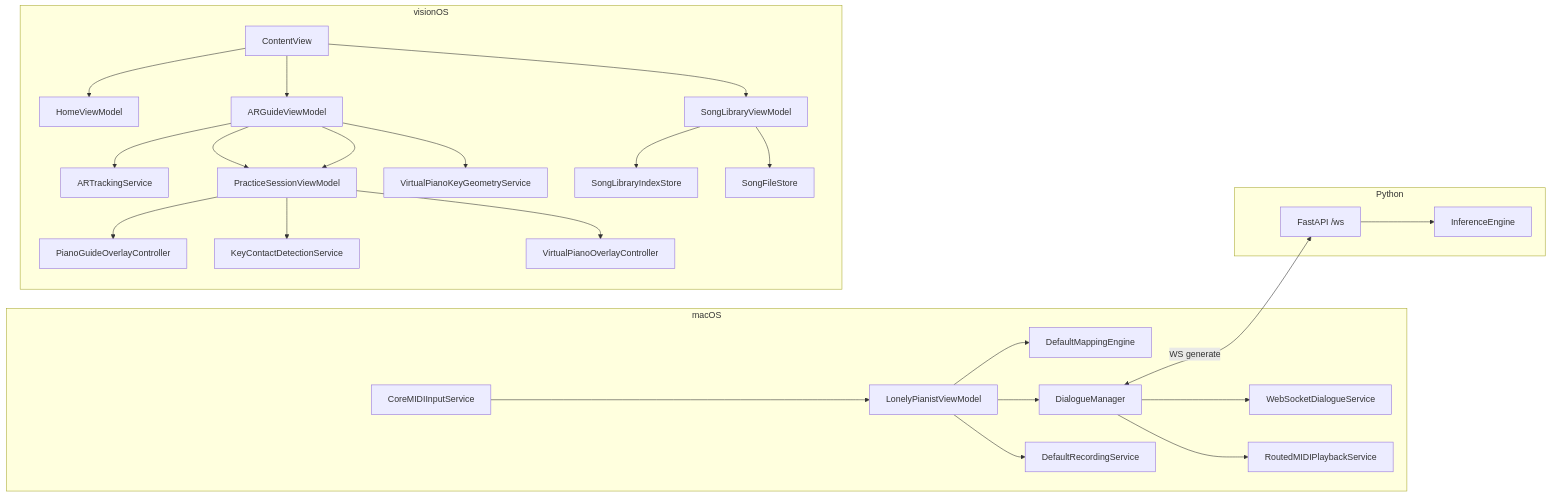
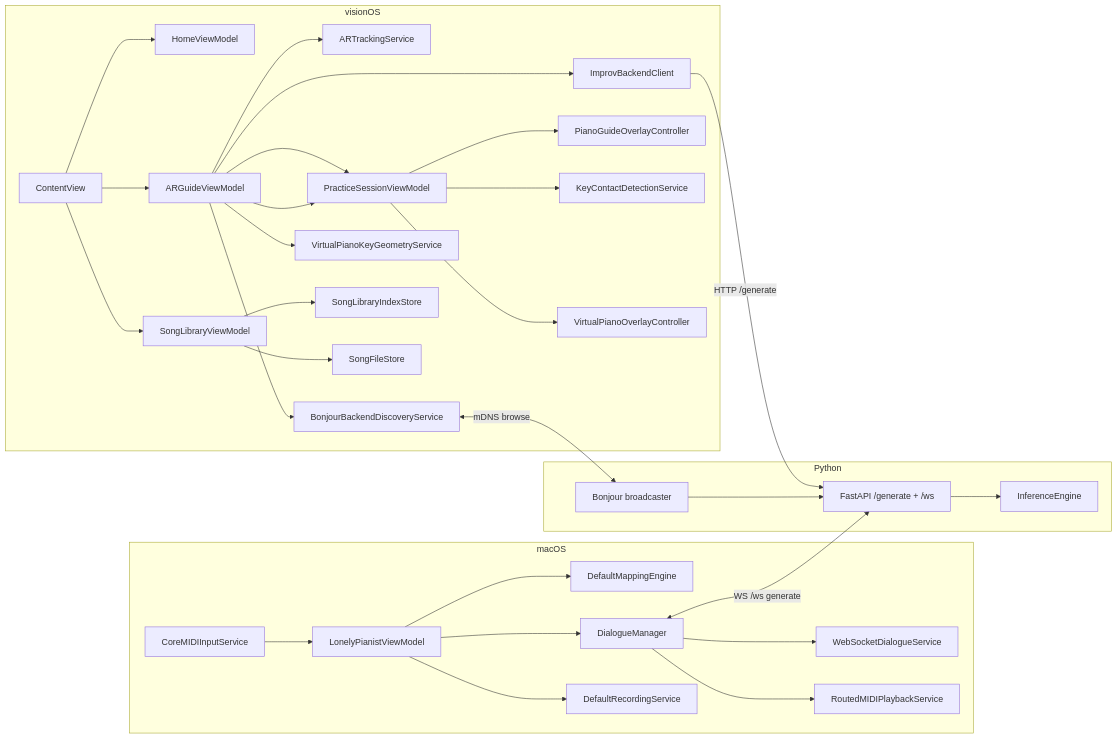
One commit to chiimagnus/HappyPianist changed the diagram in .github/deepwiki/architecture.md. Above: the diagram before and after it, drawn with Mermaid. The commit also changed other lines of this file and 15 other files, not shown here.

````diff
--- a/.github/deepwiki/architecture.md
+++ b/.github/deepwiki/architecture.md
@@ -33,32 +36,37 @@
 ```mermaid
 flowchart LR
   subgraph macOS
     A[CoreMIDIInputService] --> B[LonelyPianistViewModel]
     B --> C[DefaultMappingEngine]
     B --> D[DialogueManager]
     B --> E[DefaultRecordingService]
     D --> F[WebSocketDialogueService]
     D --> G[RoutedMIDIPlaybackService]
   end
 
   subgraph visionOS
     H[ContentView] --> I[HomeViewModel]
     H --> J[SongLibraryViewModel]
     H --> K[ARGuideViewModel]
     K --> L[ARTrackingService]
     K --> M[PracticeSessionViewModel]
+    K --> BD[BonjourBackendDiscoveryService]
+    K --> IC[ImprovBackendClient]
     M --> N[PianoGuideOverlayController]
     M --> W[KeyContactDetectionService]
     M --> X[VirtualPianoOverlayController]
     K --> Y[VirtualPianoKeyGeometryService]
     J --> O[SongLibraryIndexStore]
     J --> P[SongFileStore]
   end
 
   subgraph Python
-    Q[FastAPI /ws] --> R[InferenceEngine]
+    QB[Bonjour broadcaster] --> Q[FastAPI /generate + /ws]
+    Q --> R[InferenceEngine]
   end
 
-  D <-->|WS generate| Q
+  D <-->|WS /ws generate| Q
+  BD <-->|mDNS browse| QB
+  IC -->|HTTP /generate| Q
   K --> M
 ```
````
